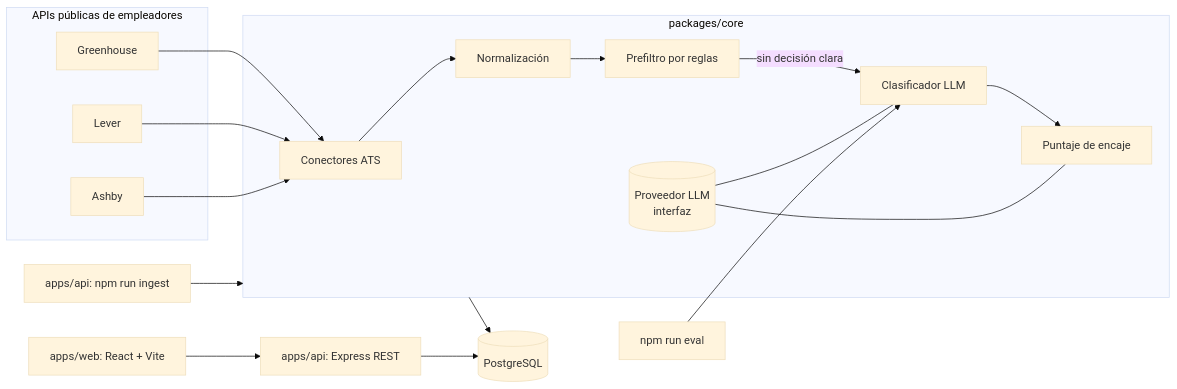
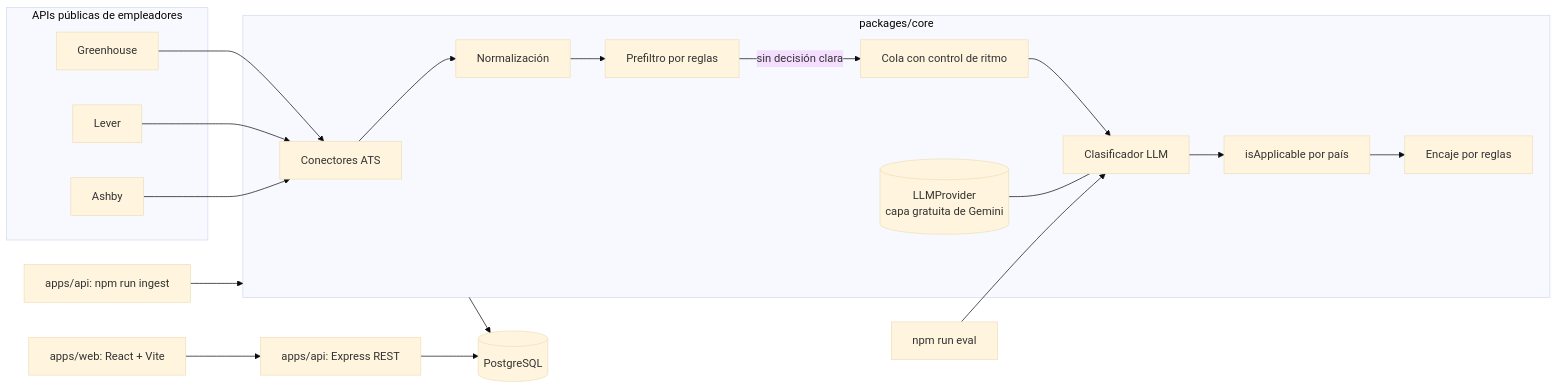
The diagram in docs/02-arquitectura.md (JuanManuelRivera31/remotefit), drawn with Mermaid (base theme) before and after one commit. The commit also changed other lines of this file and 17 other files, not shown here.

````diff
--- a/docs/02-arquitectura.md
+++ b/docs/02-arquitectura.md
@@ -7,24 +7,25 @@
 ```mermaid
 flowchart LR
     subgraph Fuentes["APIs públicas de empleadores"]
         GH[Greenhouse]
         LV[Lever]
         AS[Ashby]
     end
 
     subgraph Core["packages/core"]
         CON[Conectores ATS] --> NOR[Normalización]
         NOR --> RUL[Prefiltro por reglas]
-        RUL -->|sin decisión clara| CLS[Clasificador LLM]
-        CLS --> FIT[Puntaje de encaje]
-        LLM[(Proveedor LLM<br/>interfaz)] --- CLS
-        LLM --- FIT
+        RUL -->|sin decisión clara| QUE[Cola con control de ritmo]
+        QUE --> CLS[Clasificador LLM]
+        CLS --> APP[isApplicable por país]
+        APP --> FIT[Encaje por reglas]
+        LLM[(LLMProvider<br/>capa gratuita de Gemini)] --- CLS
     end
 
     GH & LV & AS --> CON
     CLI["apps/api: npm run ingest"] --> Core
     Core --> DB[(PostgreSQL)]
     API["apps/api: Express REST"] --> DB
     WEB["apps/web: React + Vite"] --> API
     EVAL["npm run eval"] --> CLS
 ```
````
